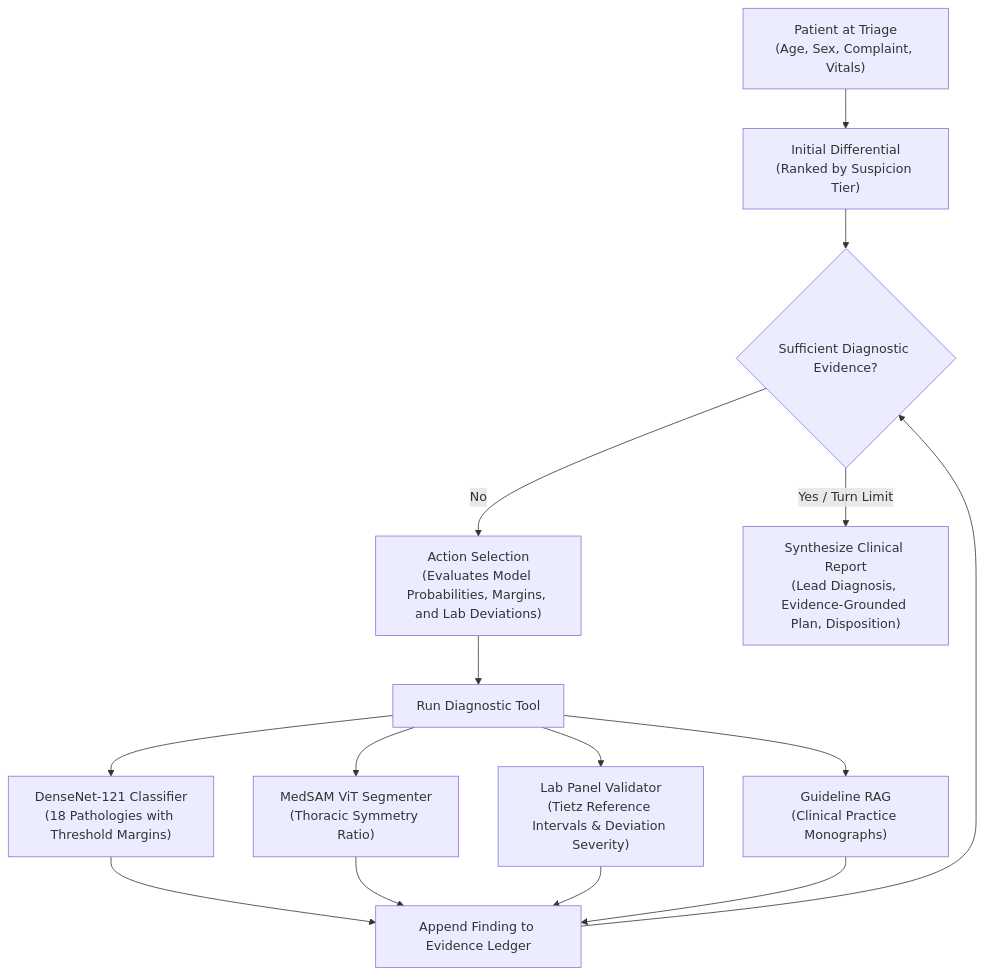
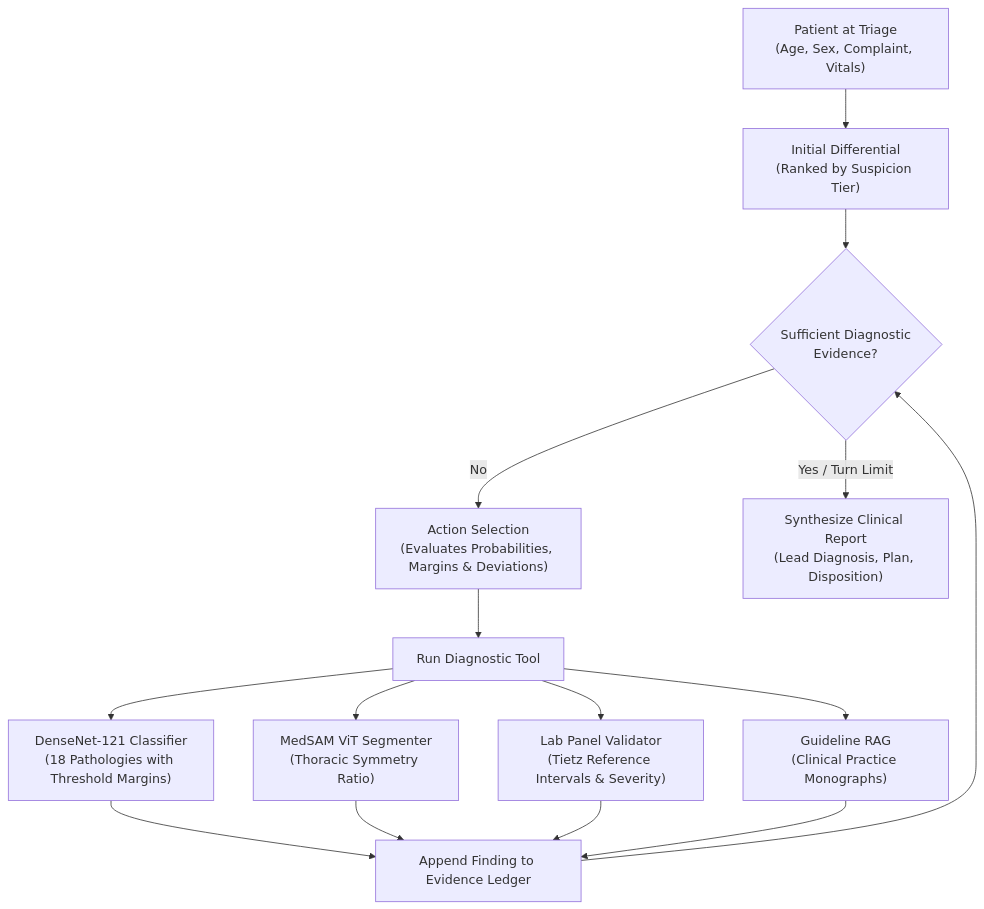
The diagram in README.md (medicalaicodes/Better-Clinical-Agent), drawn with Mermaid before and after one commit. The commit also changed other lines of this file, not shown here.

````diff
--- a/README.md
+++ b/README.md
@@ -24,17 +22,17 @@
 ```mermaid
 flowchart TD
-    A["Patient at Triage\n(Age, Sex, Complaint, Vitals)"] --> B["Initial Differential\n(Ranked by Suspicion Tier)"]
-    B --> C{"Sufficient Diagnostic Evidence?"}
-    C -- "No" --> D["Action Selection\n(Evaluates Model Probabilities, Margins, and Lab Deviations)"]
+    A["Patient at Triage<br/>(Age, Sex, Complaint, Vitals)"] --> B["Initial Differential<br/>(Ranked by Suspicion Tier)"]
+    B --> C{"Sufficient Diagnostic<br/>Evidence?"}
+    C -- "No" --> D["Action Selection<br/>(Evaluates Probabilities, Margins & Deviations)"]
     D --> E["Run Diagnostic Tool"]
-    E --> E1["DenseNet-121 Classifier\n(18 Pathologies with Threshold Margins)"]
-    E --> E2["MedSAM ViT Segmenter\n(Thoracic Symmetry Ratio)"]
-    E --> E3["Lab Panel Validator\n(Tietz Reference Intervals & Deviation Severity)"]
-    E --> E4["Guideline RAG\n(Clinical Practice Monographs)"]
+    E --> E1["DenseNet-121 Classifier<br/>(18 Pathologies with Threshold Margins)"]
+    E --> E2["MedSAM ViT Segmenter<br/>(Thoracic Symmetry Ratio)"]
+    E --> E3["Lab Panel Validator<br/>(Tietz Reference Intervals & Severity)"]
+    E --> E4["Guideline RAG<br/>(Clinical Practice Monographs)"]
     E1 --> F["Append Finding to Evidence Ledger"]
     E2 --> F
     E3 --> F
     E4 --> F
     F --> C
-    C -- "Yes / Turn Limit" --> G["Synthesize Clinical Report\n(Lead Diagnosis, Evidence-Grounded Plan, Disposition)"]
+    C -- "Yes / Turn Limit" --> G["Synthesize Clinical Report<br/>(Lead Diagnosis, Plan, Disposition)"]
 ```
````
